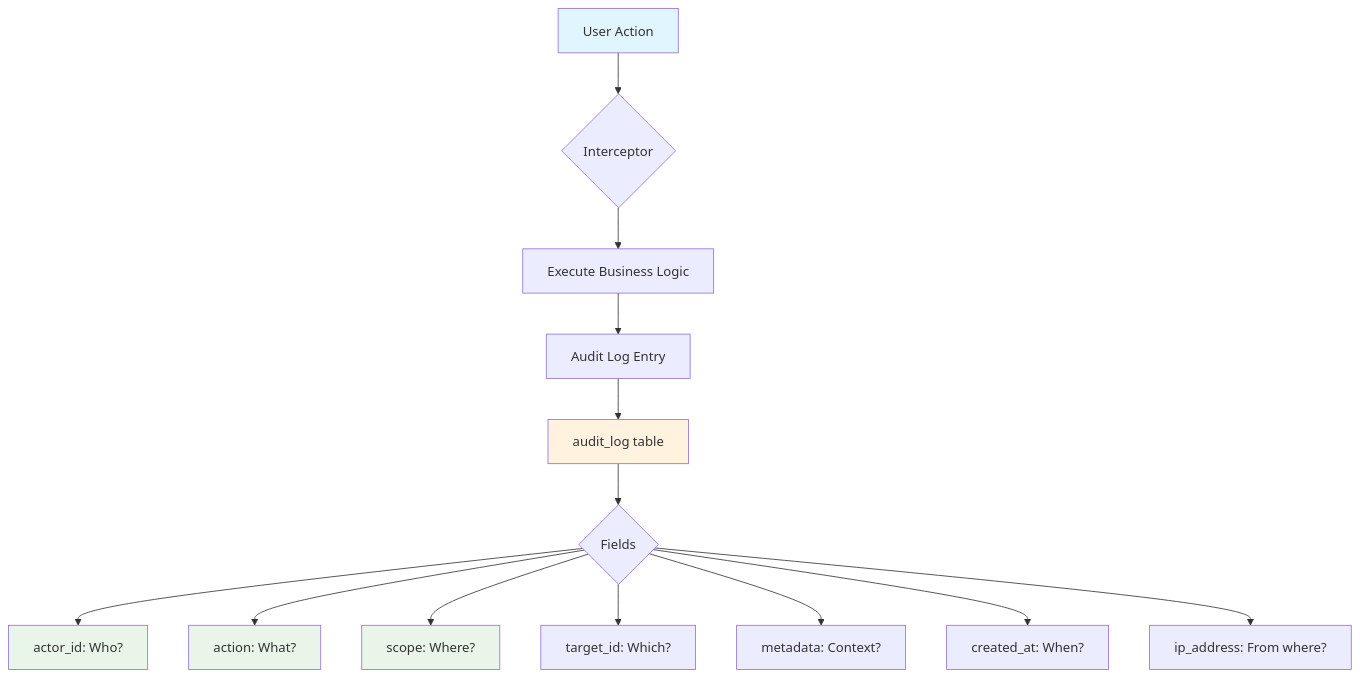
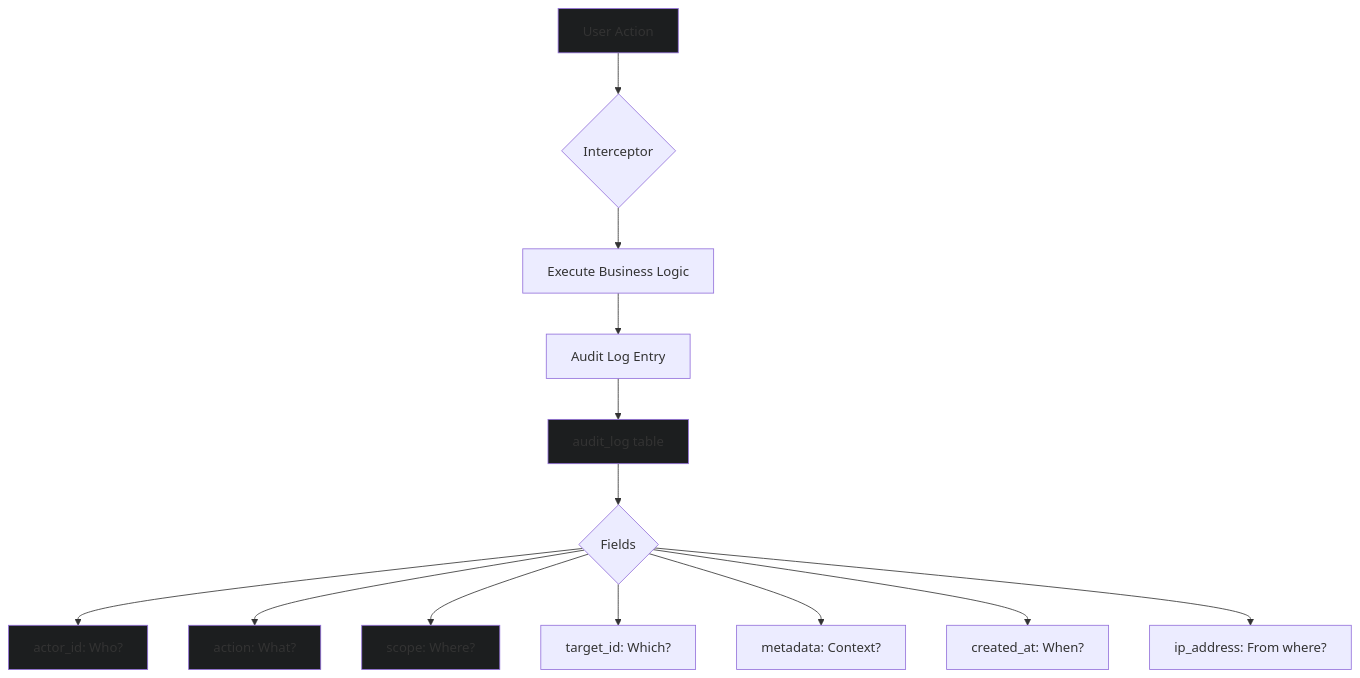
One commit to devmangel/webapp changed the eighth of 16 diagrams in docs/db/README.md. Above: the diagram before and after it, drawn with Mermaid. The commit also changed other lines of this file and 1 other file, not shown here.

````diff
--- a/docs/db/README.md
+++ b/docs/db/README.md
@@ -472,23 +472,23 @@
 ```mermaid
 graph TD
     A[User Action] --> B{Interceptor}
     B --> C[Execute Business Logic]
     C --> D[Audit Log Entry]
     
     D --> E[audit_log table]
     
     E --> F{Fields}
     F --> G[actor_id: Who?]
     F --> H[action: What?]
     F --> I[scope: Where?]
     F --> J[target_id: Which?]
     F --> K[metadata: Context?]
     F --> L[created_at: When?]
     F --> M[ip_address: From where?]
     
-    style A fill:#e1f5fe
-    style E fill:#fff3e0
-    style G fill:#e8f5e8
-    style H fill:#e8f5e8
-    style I fill:#e8f5e8
+    style A fill:#1c1e1f
+    style E fill:#1c1e1f
+    style G fill:#1c1e1f
+    style H fill:#1c1e1f
+    style I fill:#1c1e1f
 ```
````
